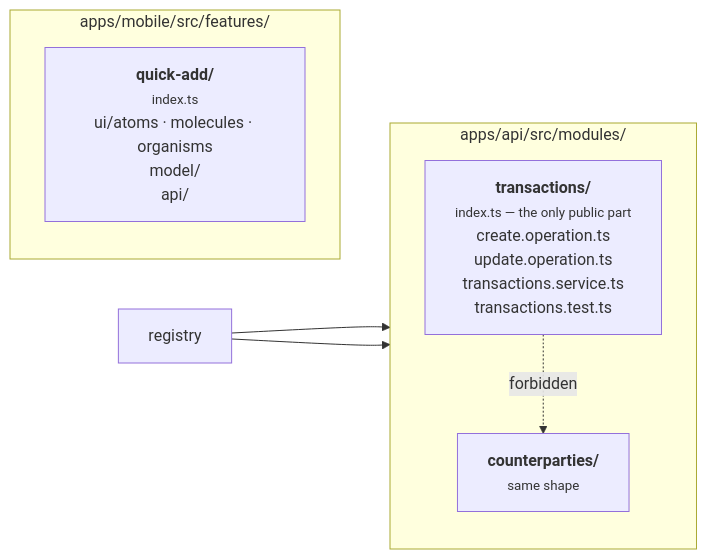
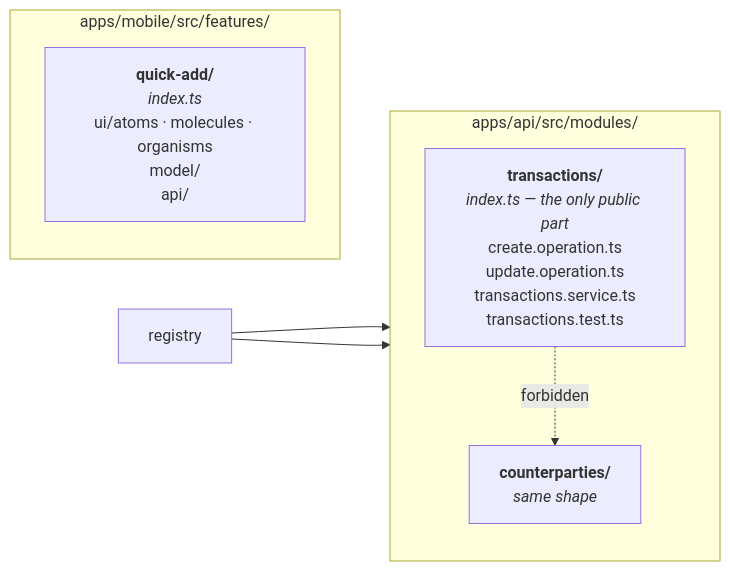
Before and after one commit to VoltLightning/waltning: the third of 4 diagrams in docs/wiki/Architecture-Map.md, drawn with Mermaid. The commit also changed other lines of this file and 15 other files, not shown here.

````diff
--- a/docs/wiki/Architecture-Map.md
+++ b/docs/wiki/Architecture-Map.md
@@ -134,17 +134,17 @@
 ```mermaid
 graph LR
     subgraph api["apps/api/src/modules/"]
         direction TB
-        T["<b>transactions/</b><br/><small>index.ts — the only public part</small><br/>create.operation.ts<br/>update.operation.ts<br/>transactions.service.ts<br/>transactions.test.ts"]
-        C["<b>counterparties/</b><br/><small>same shape</small>"]
+        T["<b>transactions/</b><br/><i>index.ts — the only public part</i><br/>create.operation.ts<br/>update.operation.ts<br/>transactions.service.ts<br/>transactions.test.ts"]
+        C["<b>counterparties/</b><br/><i>same shape</i>"]
     end
 
     subgraph mob["apps/mobile/src/features/"]
         direction TB
-        F["<b>quick-add/</b><br/><small>index.ts</small><br/>ui/atoms · molecules · organisms<br/>model/<br/>api/"]
+        F["<b>quick-add/</b><br/><i>index.ts</i><br/>ui/atoms · molecules · organisms<br/>model/<br/>api/"]
     end
 
     T -.->|"forbidden"| C
     R["registry"] --> T
     R --> C
 ```
````
